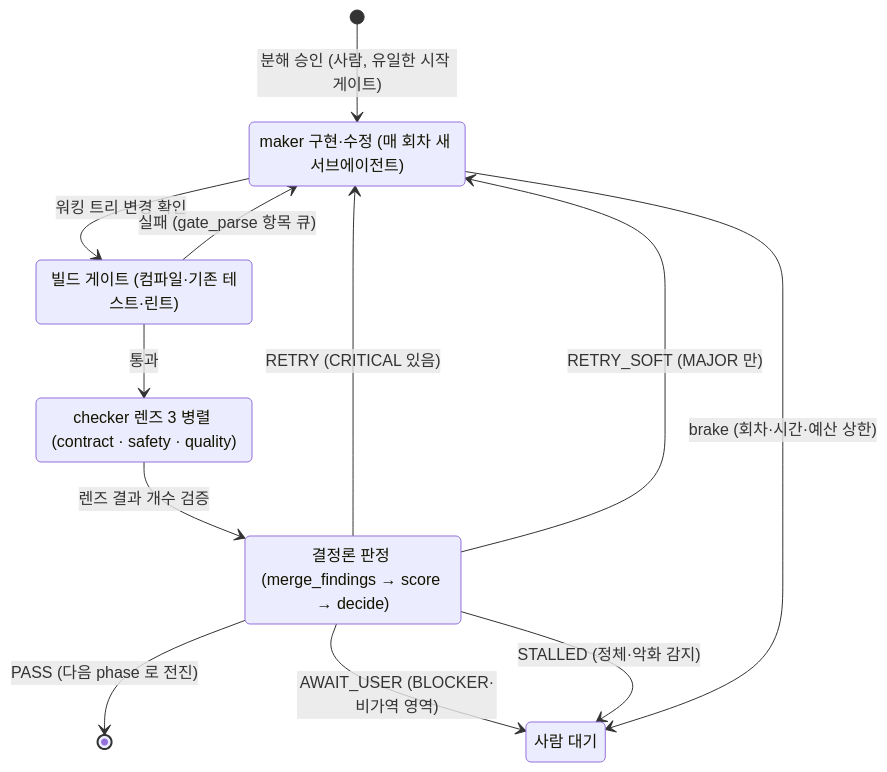
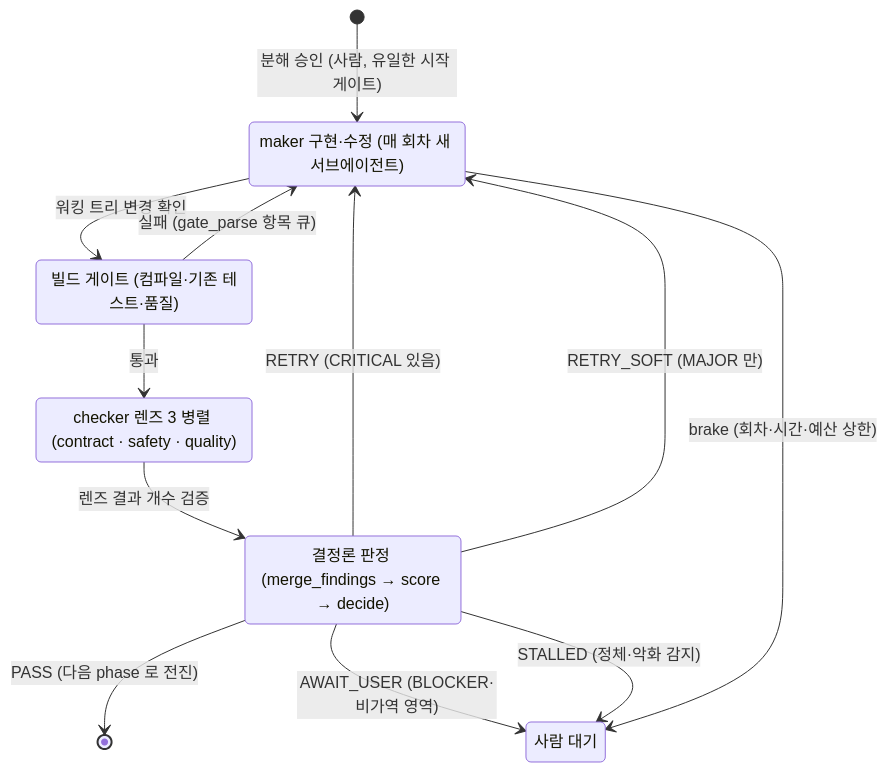
The second of 2 diagrams in README.md (kunsanglee/ai-ready), drawn with Mermaid before and after one commit. The commit also changed other lines of this file and 9 other files, not shown here.

````diff
--- a/README.md
+++ b/README.md
@@ -262,20 +262,20 @@
 ```mermaid
 stateDiagram-v2
     direction TB
     [*] --> Maker: 분해 승인 (사람, 유일한 시작 게이트)
     Maker: maker 구현·수정 (매 회차 새 서브에이전트)
-    Gate: 빌드 게이트 (컴파일·기존 테스트·린트)
+    Gate: 빌드 게이트 (컴파일·기존 테스트·품질)
     Check: checker 렌즈 3 병렬 (contract · safety · quality)
     Decide: 결정론 판정 (merge_findings → score → decide)
     Await: 사람 대기
     Maker --> Gate: 워킹 트리 변경 확인
     Gate --> Maker: 실패 (gate_parse 항목 큐)
     Gate --> Check: 통과
     Check --> Decide: 렌즈 결과 개수 검증
     Decide --> [*]: PASS (다음 phase 로 전진)
     Decide --> Maker: RETRY (CRITICAL 있음)
     Decide --> Maker: RETRY_SOFT (MAJOR 만)
     Decide --> Await: AWAIT_USER (BLOCKER·비가역 영역)
     Decide --> Await: STALLED (정체·악화 감지)
     Maker --> Await: brake (회차·시간·예산 상한)
 ```
````
